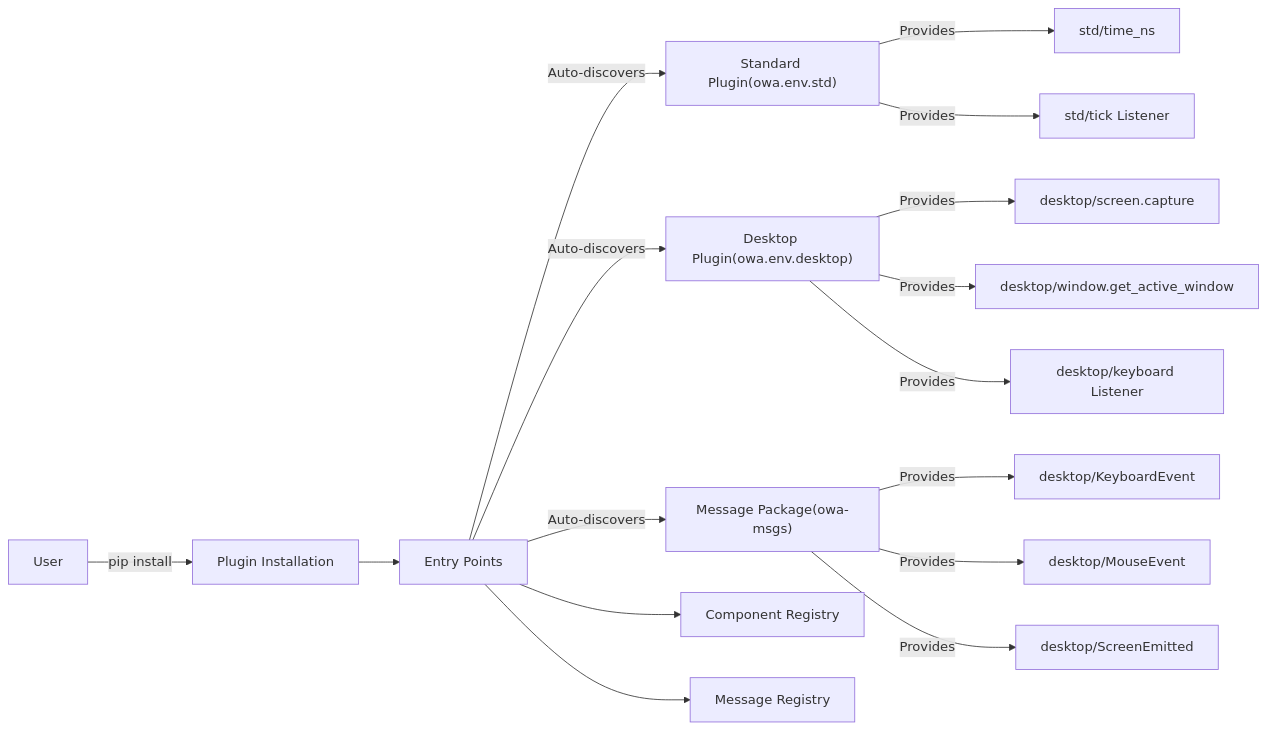
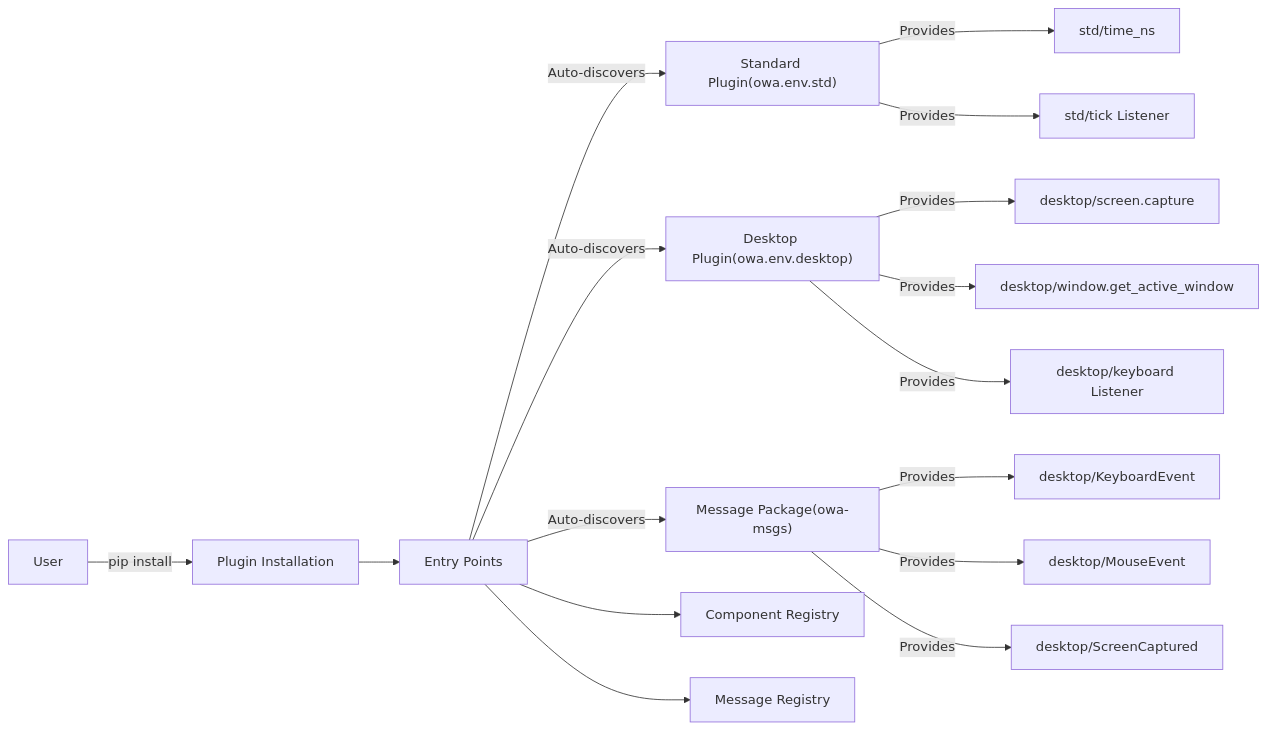
The diagram in docs/env/guide.md (open-world-agents/open-world-agents), drawn with Mermaid before and after one commit. The commit also changed other lines of this file and 18 other files, not shown here.

Commit message:
feat: rename ScreenEmitted to ScreenCaptured

````diff
--- a/docs/env/guide.md
+++ b/docs/env/guide.md
@@ -161,18 +161,18 @@
 ```mermaid
 graph LR;
     EP[Entry Points] -->|Auto-discovers| SM["Standard Plugin(owa.env.std)"]
     EP -->|Auto-discovers| DM["Desktop Plugin(owa.env.desktop)"]
     EP -->|Auto-discovers| MP["Message Package(owa-msgs)"]
     SM -->|Provides| C1[std/time_ns]
     SM -->|Provides| L1[std/tick Listener]
     DM -->|Provides| C2[desktop/screen.capture]
     DM -->|Provides| C3[desktop/window.get_active_window]
     DM -->|Provides| L2[desktop/keyboard Listener]
     MP -->|Provides| M1[desktop/KeyboardEvent]
     MP -->|Provides| M2[desktop/MouseEvent]
-    MP -->|Provides| M3[desktop/ScreenEmitted]
+    MP -->|Provides| M3[desktop/ScreenCaptured]
     User -->|pip install| PI[Plugin Installation]
     PI --> EP
     EP --> R[Component Registry]
     EP --> MR[Message Registry]
 ```
````
